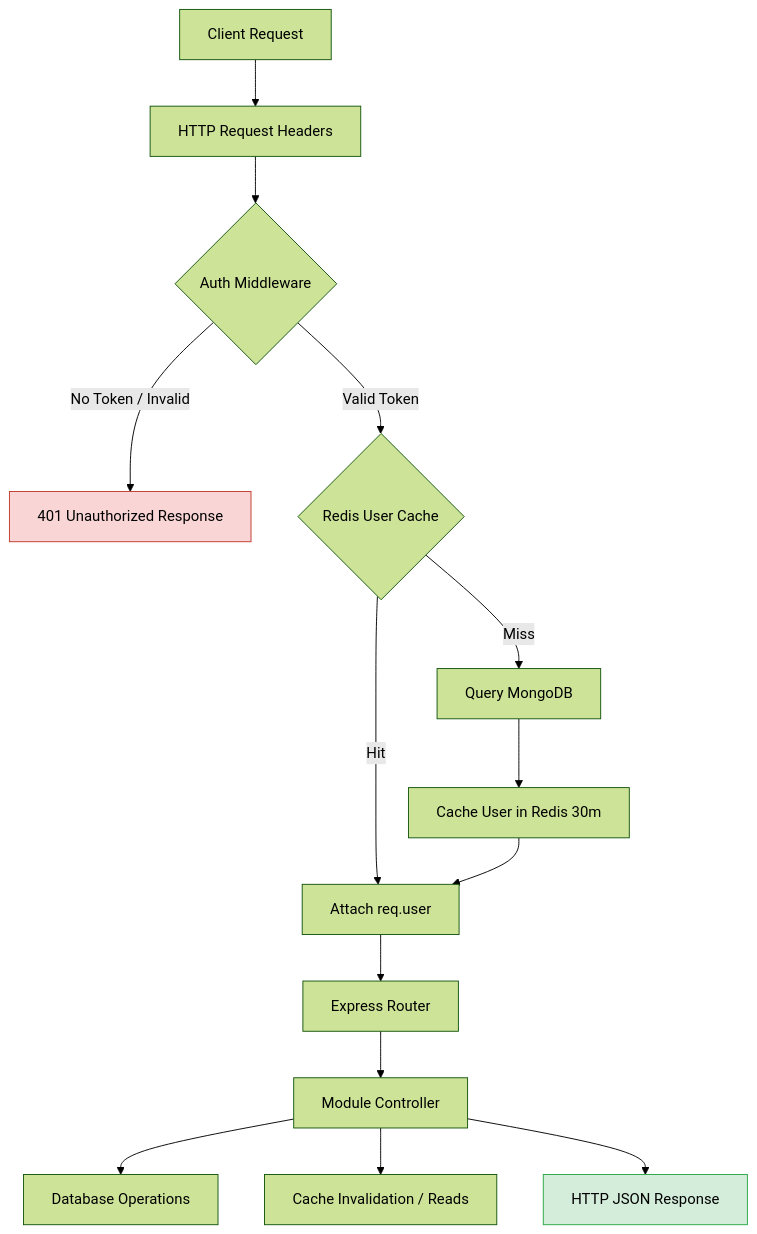
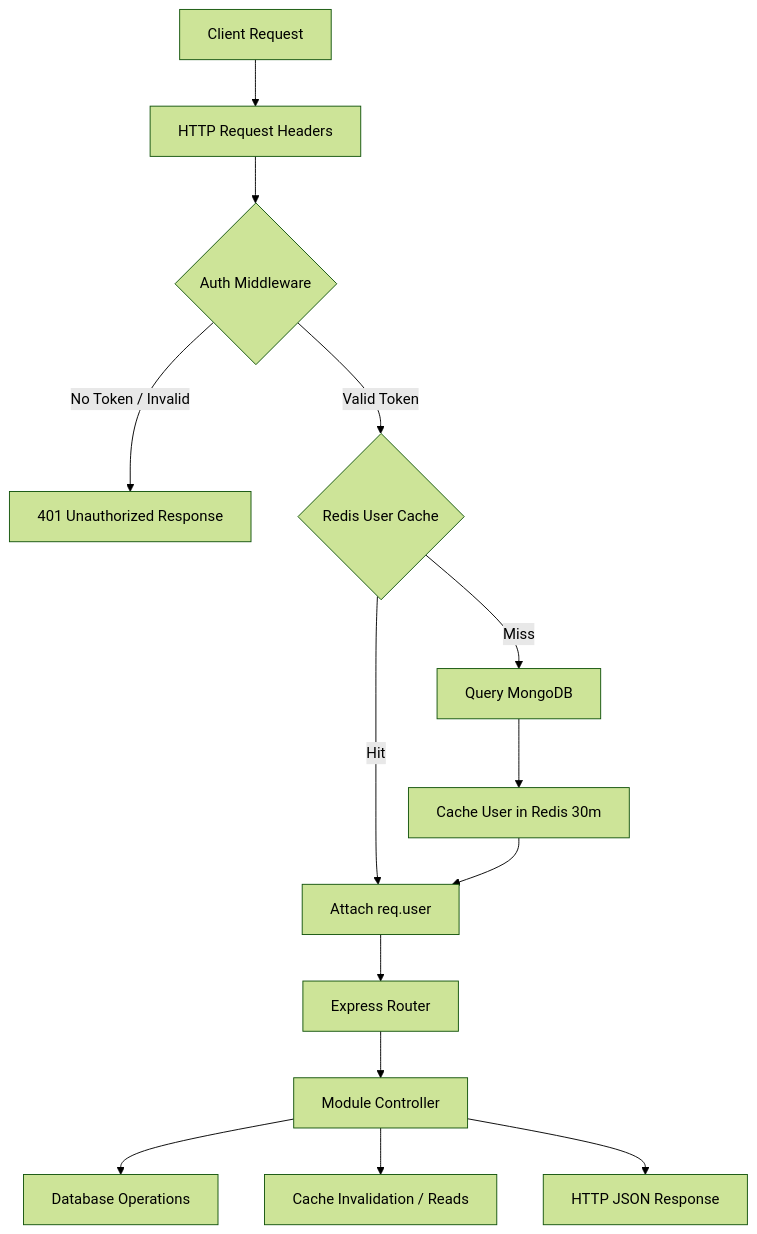
One commit to SABARITHAN-P/vertex-connect changed the diagram in docs/backend.md. Above: the diagram before and after it, drawn with Mermaid (forest theme).

Commit message:
docs: modified the readme version 2 (backend.md )

````diff
--- a/docs/backend.md
+++ b/docs/backend.md
@@ -64,22 +64,19 @@
 ```mermaid
 graph TD
     Client[Client Request] --> HTTP[HTTP Request Headers]
     HTTP --> Auth{Auth Middleware}
     
     Auth -- No Token / Invalid --> Err401[401 Unauthorized Response]
     Auth -- Valid Token --> CacheCheck{Redis User Cache}
     
     CacheCheck -- Hit --> SetUser[Attach req.user]
     CacheCheck -- Miss --> MongoQuery[Query MongoDB]
     MongoQuery --> WriteCache[Cache User in Redis 30m]
     WriteCache --> SetUser
     
     SetUser --> Router[Express Router]
     Router --> Controller[Module Controller]
     Controller --> MongoOps[Database Operations]
     Controller --> RedisOps[Cache Invalidation / Reads]
     Controller --> Response[HTTP JSON Response]
-    
-    style Err401 fill:#f9d5d5,stroke:#c0392b,stroke-width:1px
-    style Response fill:#d4edda,stroke:#28a745,stroke-width:1px
 ```
````
